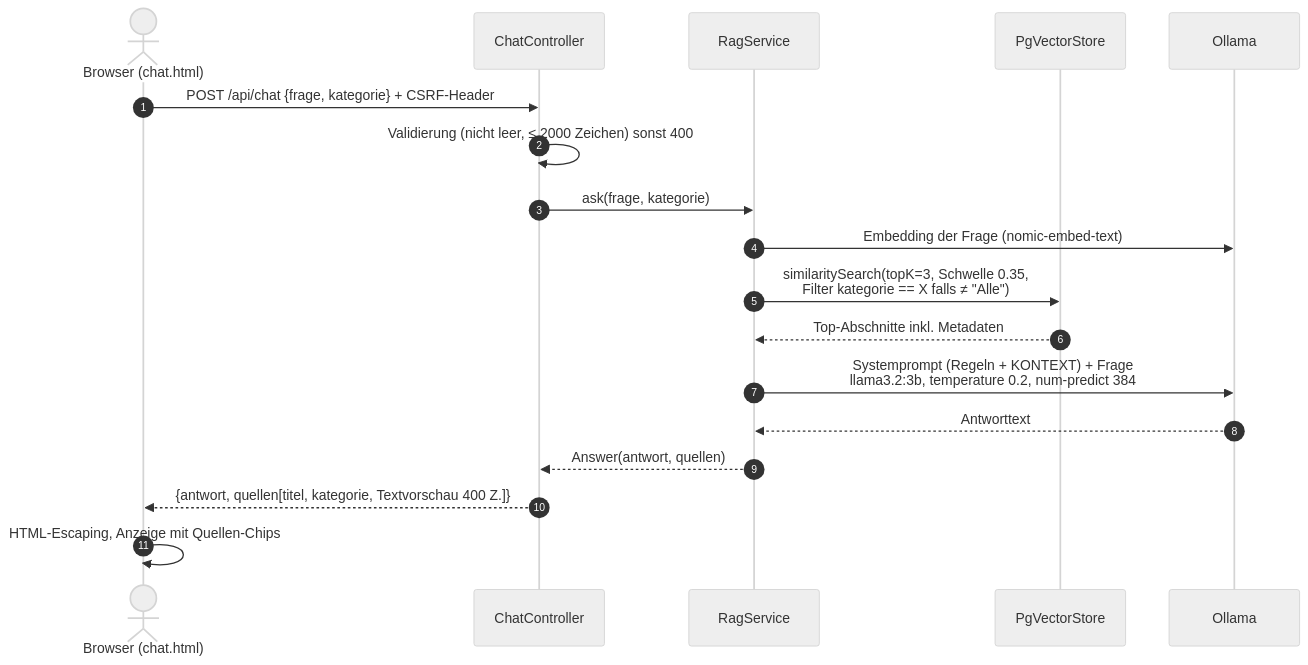
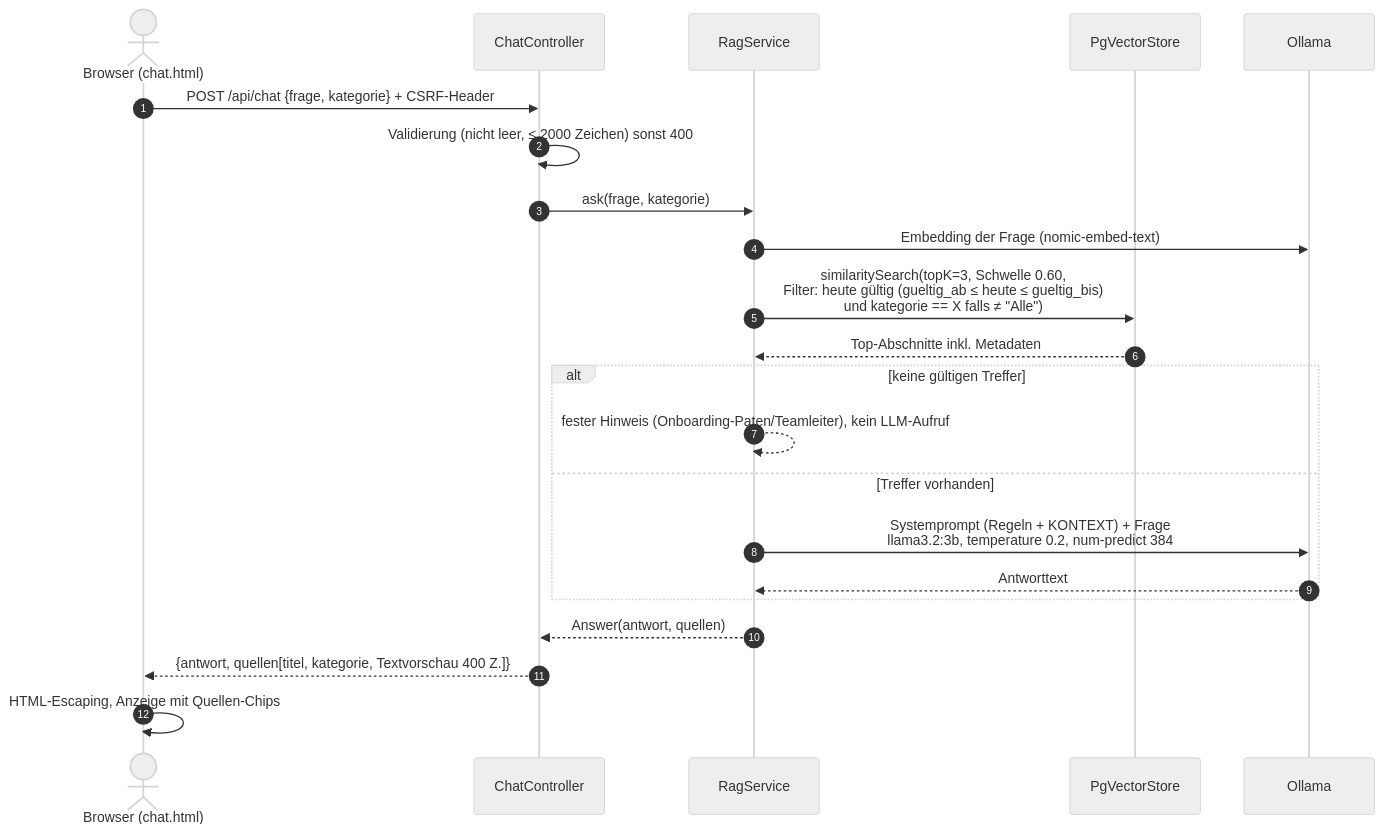
The fifth of 7 diagrams in docs/ARCHITEKTUR.md (baiyendeik-enowmpey/betriebsrente-faq-bot-keycloak), drawn with Mermaid (neutral theme) before and after one commit. The commit also changed other lines of this file and 23 other files, not shown here.

````diff
--- a/docs/ARCHITEKTUR.md
+++ b/docs/ARCHITEKTUR.md
@@ -178,21 +178,25 @@
 ```mermaid
 sequenceDiagram
     autonumber
     actor U as Browser (chat.html)
     participant C as ChatController
     participant R as RagService
     participant V as PgVectorStore
     participant O as Ollama
 
     U->>C: POST /api/chat {frage, kategorie} + CSRF-Header
     C->>C: Validierung (nicht leer, ≤ 2000 Zeichen) sonst 400
     C->>R: ask(frage, kategorie)
     R->>O: Embedding der Frage (nomic-embed-text)
-    R->>V: similaritySearch(topK=3, Schwelle 0.35,<br/>Filter kategorie == X falls ≠ "Alle")
+    R->>V: similaritySearch(topK=3, Schwelle 0.60,<br/>Filter: heute gültig (gueltig_ab ≤ heute ≤ gueltig_bis)<br/>und kategorie == X falls ≠ "Alle")
     V-->>R: Top-Abschnitte inkl. Metadaten
-    R->>O: Systemprompt (Regeln + KONTEXT) + Frage<br/>llama3.2:3b, temperature 0.2, num-predict 384
-    O-->>R: Antworttext
+    alt keine gültigen Treffer
+        R-->>R: fester Hinweis (Onboarding-Paten/Teamleiter), kein LLM-Aufruf
+    else Treffer vorhanden
+        R->>O: Systemprompt (Regeln + KONTEXT) + Frage<br/>llama3.2:3b, temperature 0.2, num-predict 384
+        O-->>R: Antworttext
+    end
     R-->>C: Answer(antwort, quellen)
     C-->>U: {antwort, quellen[titel, kategorie, Textvorschau 400 Z.]}
     U->>U: HTML-Escaping, Anzeige mit Quellen-Chips
 ```
````
